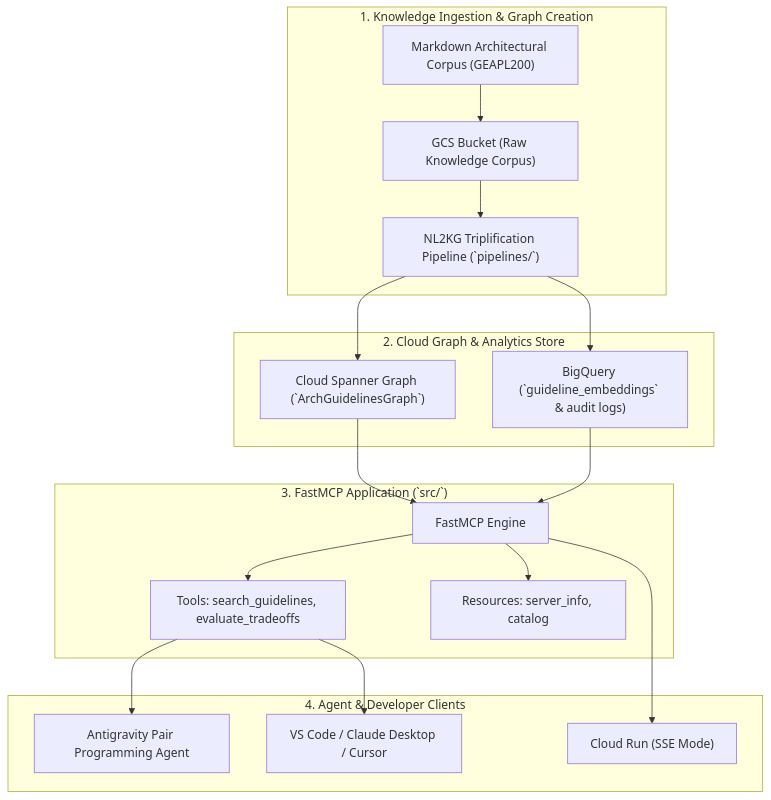
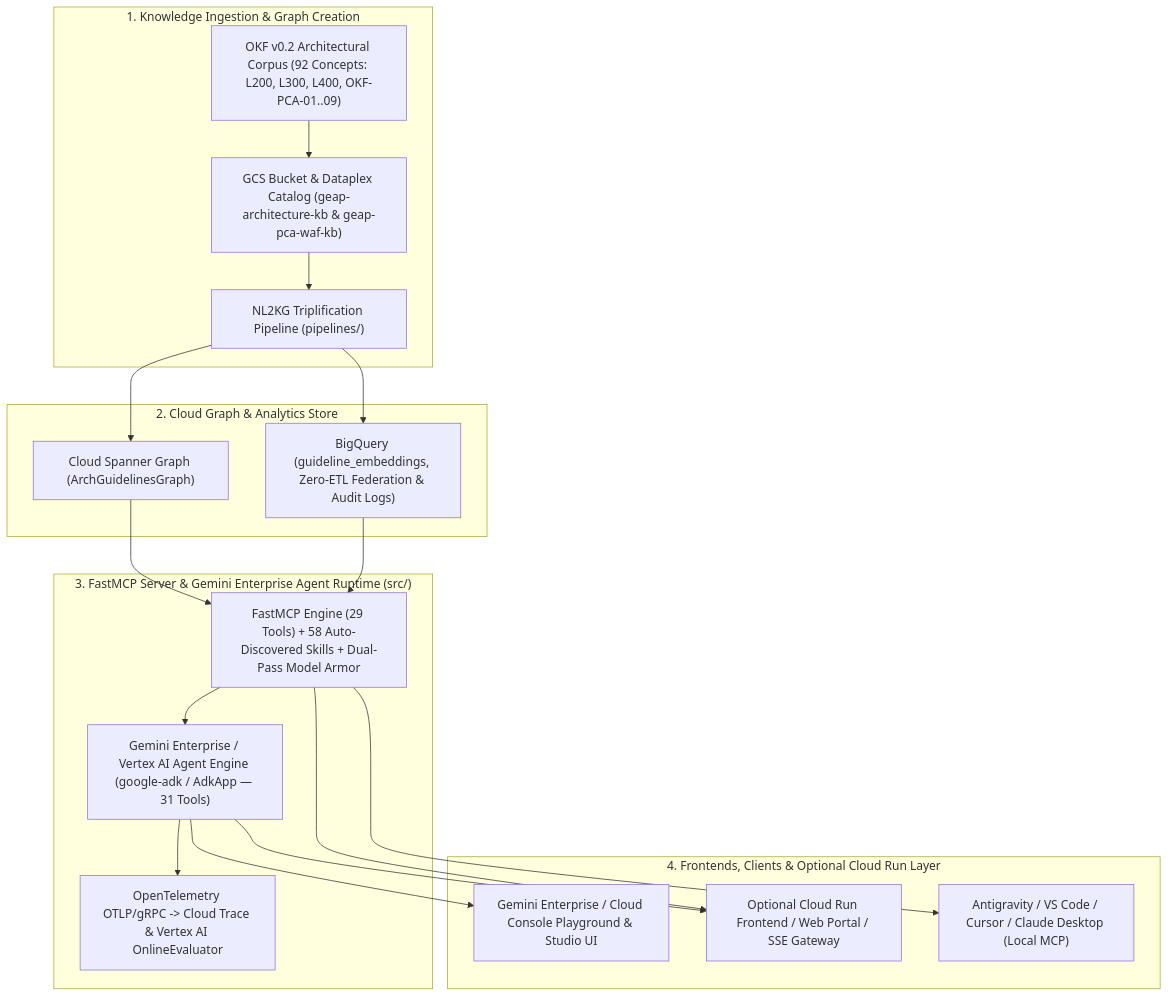
One commit to prdmohangoogley/gea-agents-arch-guidelines-mcp-server changed the first of 5 diagrams in README.md. Above: the diagram before and after it, drawn with Mermaid. The commit also changed other lines of this file and 11 other files, not shown here.

Commit message:
docs: align architecture across entire repo (Gemini Enterprise MCP/ADK runtime, optional Cloud Run frontend, 58 skills, 31 ADK tools, live OnlineEvaluator)

````diff
--- a/README.md
+++ b/README.md
@@ -26,39 +29,40 @@
 ```mermaid
 graph TD
     subgraph DataIngestion["1. Knowledge Ingestion & Graph Creation"]
-        MD["Markdown Architectural Corpus (GEAPL200)"]
-        GCS["GCS Bucket (Raw Knowledge Corpus)"]
-        NL2KG["NL2KG Triplification Pipeline (`pipelines/`)"]
+        MD["OKF v0.2 Architectural Corpus (92 Concepts: L200, L300, L400, OKF-PCA-01..09)"]
+        GCS["GCS Bucket & Dataplex Catalog (geap-architecture-kb & geap-pca-waf-kb)"]
+        NL2KG["NL2KG Triplification Pipeline (pipelines/)"]
     end
 
     subgraph Storage["2. Cloud Graph & Analytics Store"]
-        SPANNER["Cloud Spanner Graph (`ArchGuidelinesGraph`)"]
-        BQ["BigQuery (`guideline_embeddings` & audit logs)"]
+        SPANNER["Cloud Spanner Graph (ArchGuidelinesGraph)"]
+        BQ["BigQuery (guideline_embeddings, Zero-ETL Federation & Audit Logs)"]
     end
 
-    subgraph Server["3. FastMCP Application (`src/`)"]
-        FASTMCP["FastMCP Engine"]
-        TOOLS["Tools: search_guidelines, evaluate_tradeoffs"]
-        RESOURCES["Resources: server_info, catalog"]
+    subgraph Server["3. FastMCP Server & Gemini Enterprise Agent Runtime (src/)"]
+        FASTMCP["FastMCP Engine (29 Tools) + 58 Auto-Discovered Skills + Dual-Pass Model Armor"]
+        ADK["Gemini Enterprise / Vertex AI Agent Engine (google-adk / AdkApp — 31 Tools)"]
+        TRACE["OpenTelemetry OTLP/gRPC -> Cloud Trace & Vertex AI OnlineEvaluator"]
     end
 
-    subgraph Consumers["4. Agent & Developer Clients"]
-        AGY["Antigravity Pair Programming Agent"]
-        IDE["VS Code / Claude Desktop / Cursor"]
-        CLOUDRUN["Cloud Run (SSE Mode)"]
+    subgraph Consumers["4. Frontends, Clients & Optional Cloud Run Layer"]
+        GE_UI["Gemini Enterprise / Cloud Console Playground & Studio UI"]
+        CLOUDRUN["Optional Cloud Run Frontend / Web Portal / SSE Gateway"]
+        AGY["Antigravity / VS Code / Cursor / Claude Desktop (Local MCP)"]
     end
 
     MD --> GCS
     GCS --> NL2KG
     NL2KG --> SPANNER
     NL2KG --> BQ
 
     SPANNER --> FASTMCP
     BQ --> FASTMCP
-    FASTMCP --> TOOLS
-    FASTMCP --> RESOURCES
+    FASTMCP --> ADK
+    ADK --> TRACE
 
-    TOOLS --> AGY
-    TOOLS --> IDE
+    ADK --> GE_UI
+    ADK --> CLOUDRUN
     FASTMCP --> CLOUDRUN
+    FASTMCP --> AGY
 ```
````
